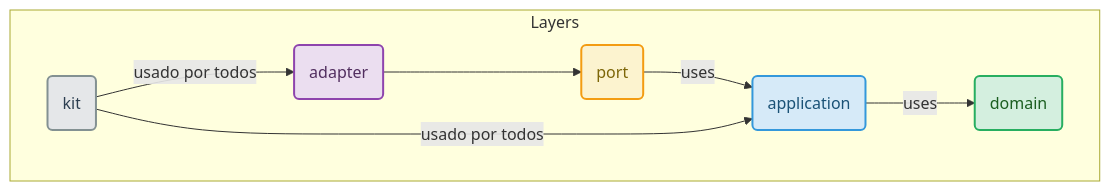
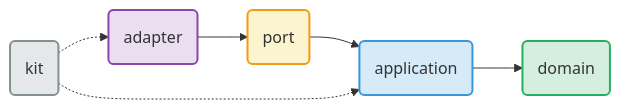
Before and after one commit to norlis/event-driven: the third of 3 diagrams in README.md, drawn with Mermaid. The commit also changed other lines of this file and 5 other files, not shown here.

````diff
--- a/README.md
+++ b/README.md
@@ -252,17 +277,14 @@
 ```mermaid
-graph TD
-    subgraph Layers
-        direction LR
-        A(adapter) --> B(port);
-        B -- uses --> C(application);
-        C -- uses --> D(domain);
-        E(kit) -- "usado por todos" --> A;
-        E -- "usado por todos" --> C;
-    end
+graph LR
+    A(adapter) --> B(port)
+    B --> C(application)
+    C --> D(domain)
+    E(kit) -.-> A
+    E -.-> C
 
-    style D fill:#D4EFDF,stroke:#27AE60,stroke-width:2px,color:#1B5E20
-    style C fill:#D6EAF8,stroke:#3498DB,stroke-width:2px,color:#1A5276
-    style B fill:#FCF3CF,stroke:#F39C12,stroke-width:2px,color:#7D6608
-    style A fill:#EBDEF0,stroke:#8E44AD,stroke-width:2px,color:#512E5F
-    style E fill:#E5E7E9,stroke:#839192,stroke-width:2px,color:#2C3E50
+    style D fill:#D4EFDF,stroke:#27AE60,stroke-width:2px
+    style C fill:#D6EAF8,stroke:#3498DB,stroke-width:2px
+    style B fill:#FCF3CF,stroke:#F39C12,stroke-width:2px
+    style A fill:#EBDEF0,stroke:#8E44AD,stroke-width:2px
+    style E fill:#E5E7E9,stroke:#839192,stroke-width:2px
 ```
````
